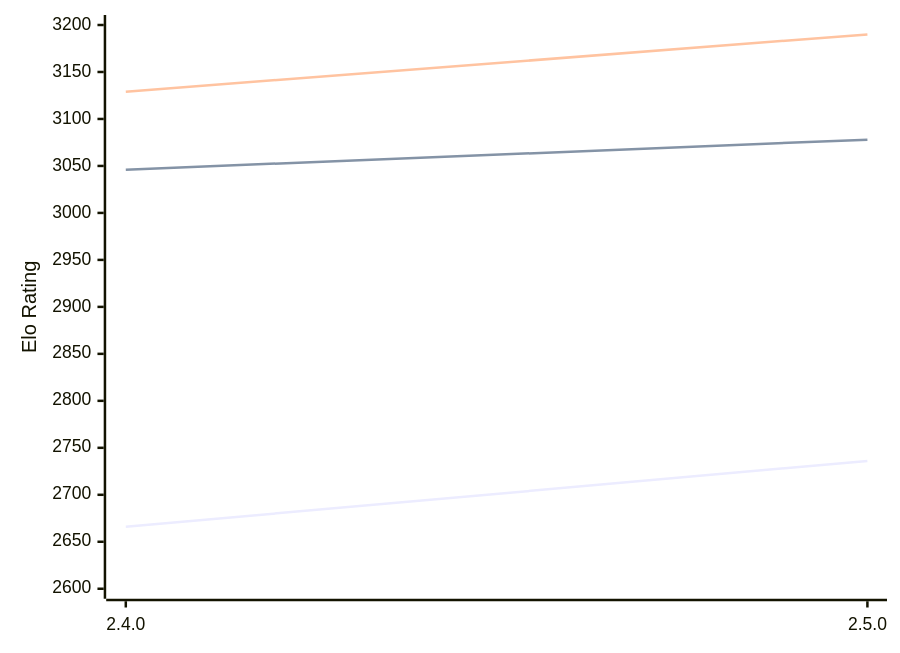
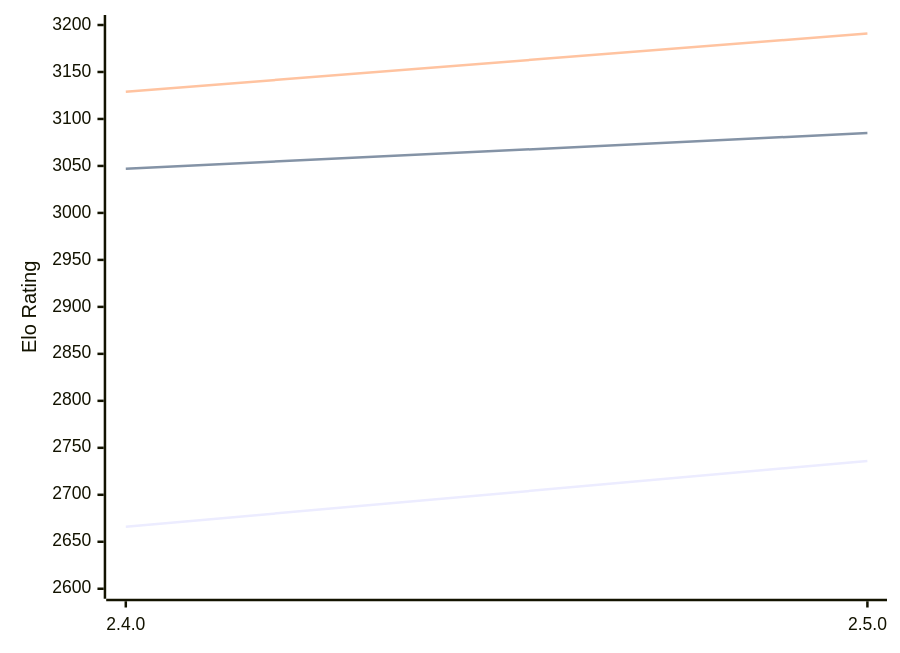
Before and after one commit to computer-chess-index/cci: the diagram in engines/Sturddle2.md, drawn with Mermaid. The commit also changed other lines of this file, not shown here.

Commit message:
Update CCI Ratings (ELO VLTC) - 2026-02-13

````diff
--- a/engines/Sturddle2.md
+++ b/engines/Sturddle2.md
@@ -34,9 +34,9 @@
 ```mermaid
 %%{init: {"theme":"base","themeVariables":{"seriesColors:['#a3a3a3','#222221','#faa371']}}}%%
 xychart-beta
   x-axis ["2.4.0", "2.5.0"]
   y-axis "Elo Rating" 2600 --> 3200
   line "STC (8.0+0.08s)" [2666, 2736]
-  line "LTC (60.0+0.60s)" [3046, 3078]
-  line "VLTC (2m24s+1.12s)" [3129, 3190]
+  line "LTC (60.0+0.60s)" [3047, 3085]
+  line "VLTC (2m24s+1.12s)" [3129, 3191]
 ```
````
